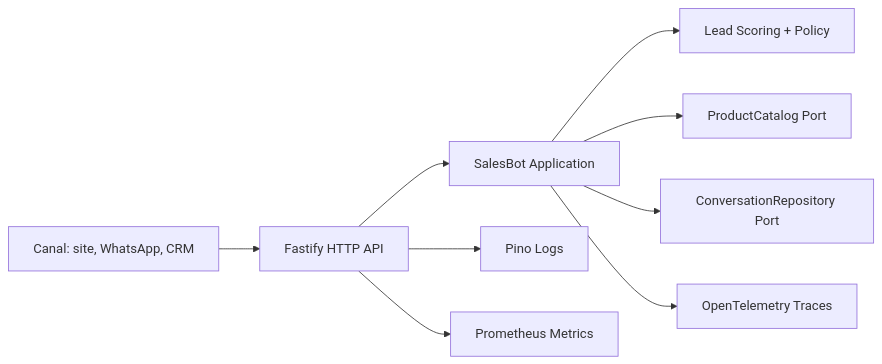
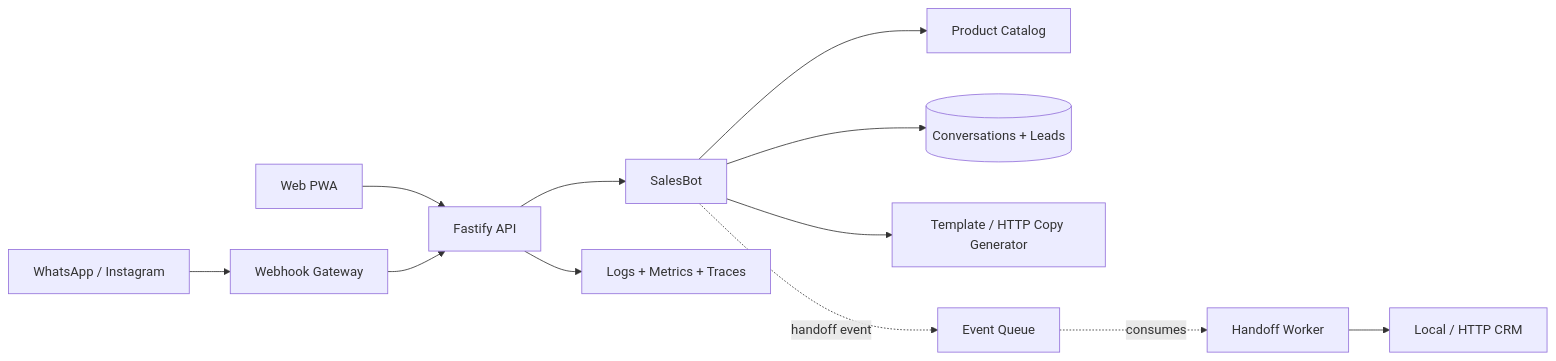
One commit to stpedr/crispy-engine-chatbot changed the diagram in README.md. Above: the diagram before and after it, drawn with Mermaid. The commit also changed other lines of this file and 24 other files, not shown here.

Commit message:
Complete sales bot event architecture

````diff
--- a/README.md
+++ b/README.md
@@ -15,11 +17,14 @@
 ```mermaid
 flowchart LR
-  Client[Canal: site, WhatsApp, CRM] --> HTTP[Fastify HTTP API]
-  HTTP --> Bot[SalesBot Application]
-  Bot --> Rules[Lead Scoring + Policy]
-  Bot --> Catalog[ProductCatalog Port]
-  Bot --> Store[ConversationRepository Port]
-  HTTP --> Logs[Pino Logs]
-  HTTP --> Metrics[Prometheus Metrics]
-  Bot --> Trace[OpenTelemetry Traces]
+  Web[Web PWA] --> API[Fastify API]
+  Channels[WhatsApp / Instagram] --> Gateway[Webhook Gateway]
+  Gateway --> API
+  API --> Bot[SalesBot]
+  Bot --> Catalog[Product Catalog]
+  Bot --> Store[(Conversations + Leads)]
+  Bot --> Copy[Template / HTTP Copy Generator]
+  Bot -. handoff event .-> Queue[Event Queue]
+  Queue -. consumes .-> Worker[Handoff Worker]
+  Worker --> CRM[Local / HTTP CRM]
+  API --> Observability[Logs + Metrics + Traces]
 ```
````
